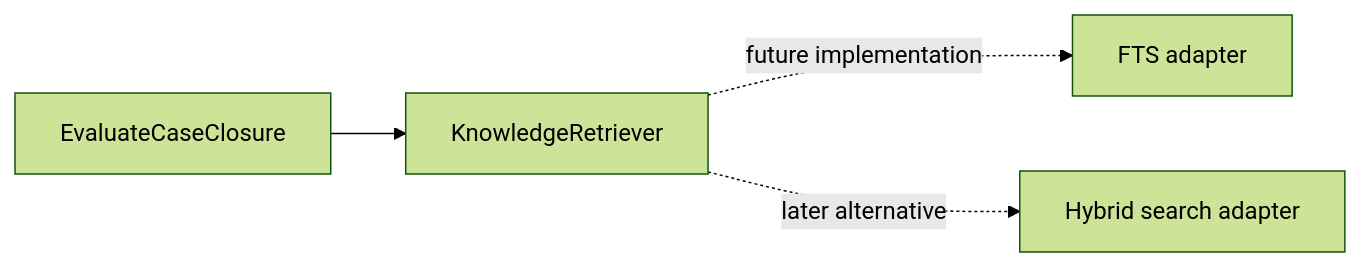
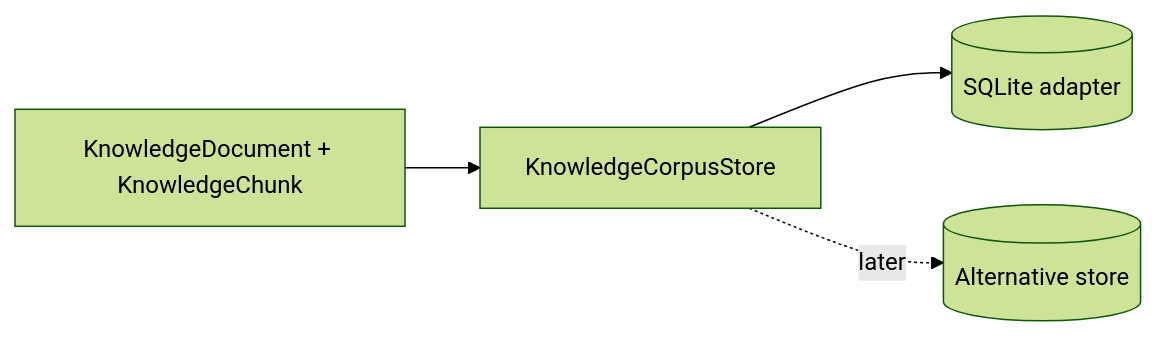
The fourth of 5 diagrams in docs/architecture/ARCHITECTURE_OVERVIEW.md (kumarchandansingh/tropos), drawn with Mermaid (forest theme) before and after one commit. The commit also changed other lines of this file and 11 other files, not shown here.

Commit message:
feat: persist governed knowledge corpus in sqlite

````diff
--- a/docs/architecture/ARCHITECTURE_OVERVIEW.md
+++ b/docs/architecture/ARCHITECTURE_OVERVIEW.md
@@ -128,7 +96,7 @@
 ```mermaid
 flowchart LR
-    UseCase[EvaluateCaseClosure]
-    --> Port[KnowledgeRetriever]
-    Port -. future implementation .-> FTS[FTS adapter]
-    Port -. later alternative .-> Hybrid[Hybrid search adapter]
+    Domain[KnowledgeDocument + KnowledgeChunk]
+    --> Port[KnowledgeCorpusStore]
+    --> SQLite[(SQLite adapter)]
+    Port -. later .-> Other[(Alternative store)]
 ```
````
